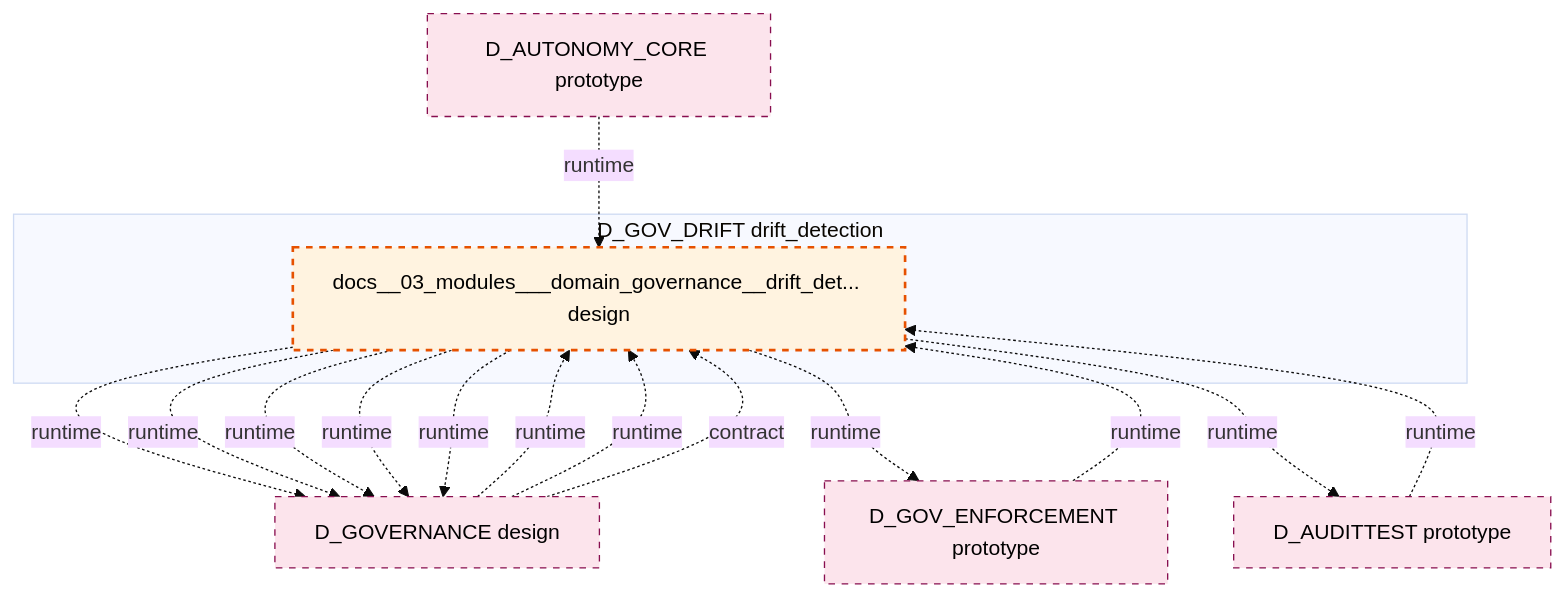
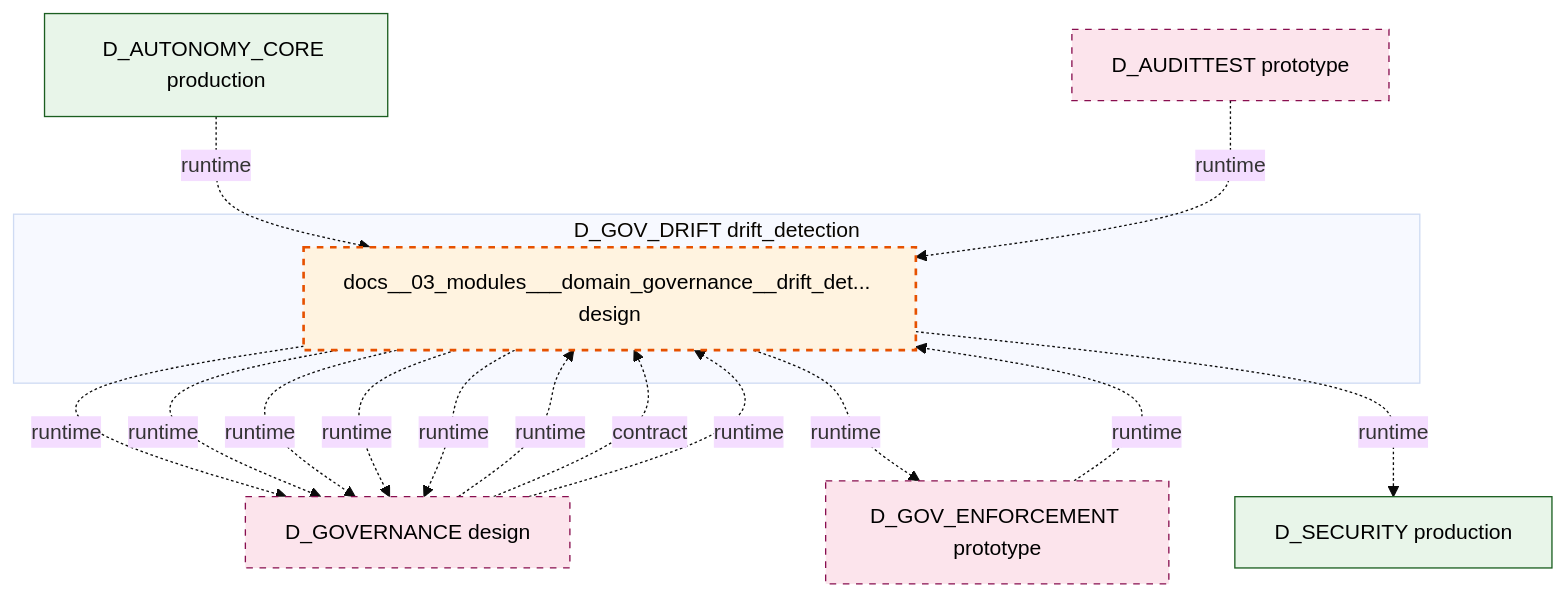
The diagram in docs/02_enterprise_architecture/02_domain_architecture_docs/34_d_gov_drift.md (xuanFelixVan/ZephyrAlpha), drawn with Mermaid (base theme) before and after one commit. The commit also changed other lines of this file and 100 other files, not shown here.

````diff
--- a/docs/02_enterprise_architecture/02_domain_architecture_docs/34_d_gov_drift.md
+++ b/docs/02_enterprise_architecture/02_domain_architecture_docs/34_d_gov_drift.md
@@ -47,29 +47,31 @@
 ```mermaid
 graph TD
     subgraph D_GOV_DRIFT["D_GOV_DRIFT drift_detection"]
         docs_03_modules_domain_governance_drift_detector_blueprint_md["docs__03_modules___domain_governance__drift_det... design"]
     end
     D_GOVERNANCE["D_GOVERNANCE design"]
     docs_03_modules_domain_governance_drift_detector_blueprint_md -.->|runtime| D_GOVERNANCE
     docs_03_modules_domain_governance_drift_detector_blueprint_md -.->|runtime| D_GOVERNANCE
     D_GOV_ENFORCEMENT["D_GOV_ENFORCEMENT prototype"]
     docs_03_modules_domain_governance_drift_detector_blueprint_md -.->|runtime| D_GOV_ENFORCEMENT
-    D_AUDITTEST["D_AUDITTEST prototype"]
-    docs_03_modules_domain_governance_drift_detector_blueprint_md -.->|runtime| D_AUDITTEST
+    D_SECURITY["D_SECURITY production"]
+    docs_03_modules_domain_governance_drift_detector_blueprint_md -.->|runtime| D_SECURITY
     docs_03_modules_domain_governance_drift_detector_blueprint_md -.->|runtime| D_GOVERNANCE
     docs_03_modules_domain_governance_drift_detector_blueprint_md -.->|runtime| D_GOVERNANCE
     docs_03_modules_domain_governance_drift_detector_blueprint_md -.->|runtime| D_GOVERNANCE
+    D_GOVERNANCE -.->|runtime| docs_03_modules_domain_governance_drift_detector_blueprint_md
+    D_GOVERNANCE -.->|contract| docs_03_modules_domain_governance_drift_detector_blueprint_md
+    D_AUTONOMY_CORE["D_AUTONOMY_CORE production"]
+    D_AUTONOMY_CORE -.->|runtime| docs_03_modules_domain_governance_drift_detector_blueprint_md
+    D_AUDITTEST["D_AUDITTEST prototype"]
+    D_AUDITTEST -.->|runtime| docs_03_modules_domain_governance_drift_detector_blueprint_md
     D_GOV_ENFORCEMENT -.->|runtime| docs_03_modules_domain_governance_drift_detector_blueprint_md
     D_GOVERNANCE -.->|runtime| docs_03_modules_domain_governance_drift_detector_blueprint_md
-    D_GOVERNANCE -.->|runtime| docs_03_modules_domain_governance_drift_detector_blueprint_md
-    D_GOVERNANCE -.->|contract| docs_03_modules_domain_governance_drift_detector_blueprint_md
-    D_AUTONOMY_CORE["D_AUTONOMY_CORE prototype"]
-    D_AUTONOMY_CORE -.->|runtime| docs_03_modules_domain_governance_drift_detector_blueprint_md
-    D_AUDITTEST -.->|runtime| docs_03_modules_domain_governance_drift_detector_blueprint_md
     classDef production fill:#e1f5fe,stroke:#01579b,stroke-width:2px,color:#000
     classDef design fill:#fff3e0,stroke:#e65100,stroke-width:2px,color:#000,stroke-dasharray: 5 5
     classDef external_prod fill:#e8f5e9,stroke:#1b5e20,stroke-width:1px,color:#000
     classDef external_design fill:#fce4ec,stroke:#880e4f,stroke-width:1px,color:#000,stroke-dasharray: 5 5
     class docs_03_modules_domain_governance_drift_detector_blueprint_md design
-    class D_GOVERNANCE,D_GOV_ENFORCEMENT,D_AUDITTEST,D_AUTONOMY_CORE external_design
+    class D_SECURITY,D_AUTONOMY_CORE external_prod
+    class D_GOVERNANCE,D_GOV_ENFORCEMENT,D_AUDITTEST external_design
 ```
````
